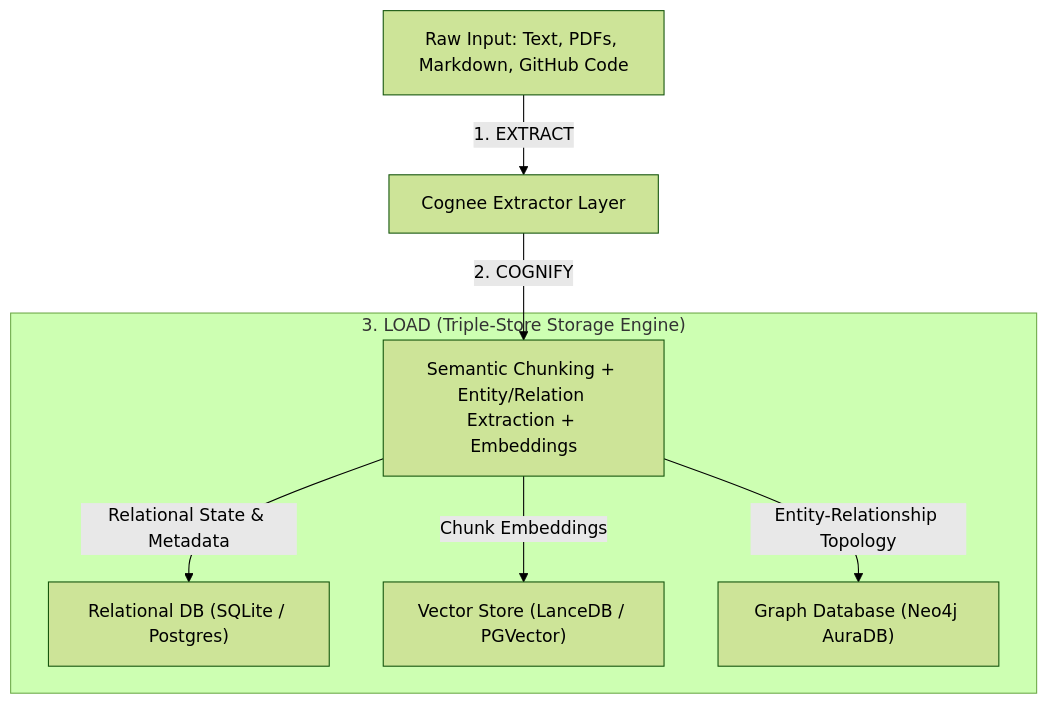
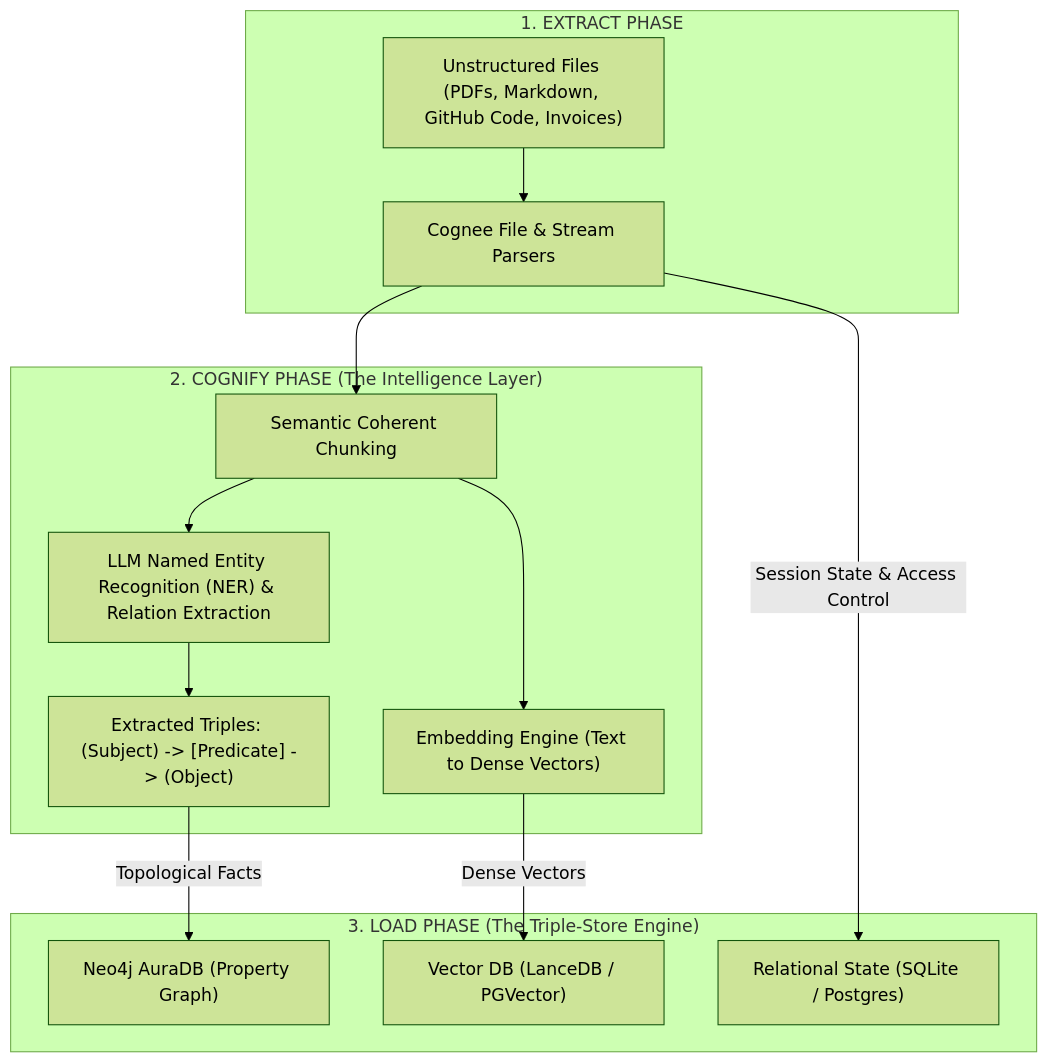
One commit to satvikkesarwani/ignite_with_delhi changed the diagram in study.md. Above: the diagram before and after it, drawn with Mermaid (forest theme). The commit also changed other lines of this file, not shown here.

Commit message:
docs: enrich study.md with deep technical mechanics, custom Pydantic schemas, and GraphRAG Cypher algorithms

````diff
--- a/study.md
+++ b/study.md
@@ -44,11 +35,19 @@
 ```mermaid
 graph TD
-    Raw["Raw Input: Text, PDFs, Markdown, GitHub Code"] -->|1. EXTRACT| Extractor["Cognee Extractor Layer"]
-    Extractor -->|2. COGNIFY| Processor["Semantic Chunking + Entity/Relation Extraction + Embeddings"]
+    subgraph Phase_1_Extract["1. EXTRACT PHASE"]
+        RawDocs["Unstructured Files (PDFs, Markdown, GitHub Code, Invoices)"] --> Extractor["Cognee File & Stream Parsers"]
+    end
 
-    subgraph Triple_Store["3. LOAD (Triple-Store Storage Engine)"]
-        Processor -->|Relational State & Metadata| SQLite_PG["Relational DB (SQLite / Postgres)"]
-        Processor -->|Chunk Embeddings| LanceDB_PGV["Vector Store (LanceDB / PGVector)"]
-        Processor -->|Entity-Relationship Topology| Neo4jAura["Graph Database (Neo4j AuraDB)"]
+    subgraph Phase_2_Cognify["2. COGNIFY PHASE (The Intelligence Layer)"]
+        Extractor --> Chunker["Semantic Coherent Chunking"]
+        Chunker --> LLM_NER["LLM Named Entity Recognition (NER) & Relation Extraction"]
+        LLM_NER --> Triples["Extracted Triples: (Subject) -> [Predicate] -> (Object)"]
+        Chunker --> Embedder["Embedding Engine (Text to Dense Vectors)"]
+    end
+
+    subgraph Phase_3_Load["3. LOAD PHASE (The Triple-Store Engine)"]
+        Triples -->|Topological Facts| Neo4j["Neo4j AuraDB (Property Graph)"]
+        Embedder -->|Dense Vectors| LanceDB["Vector DB (LanceDB / PGVector)"]
+        Extractor -->|Session State & Access Control| SQLite["Relational State (SQLite / Postgres)"]
     end
 ```
````
